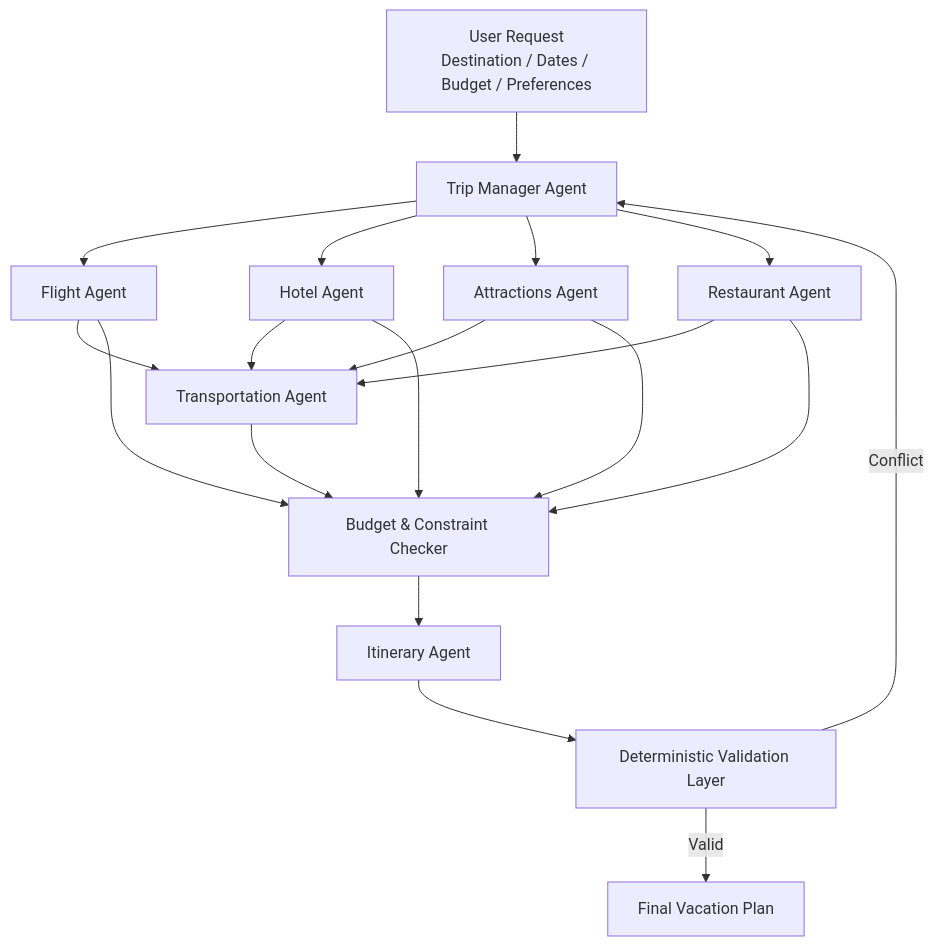
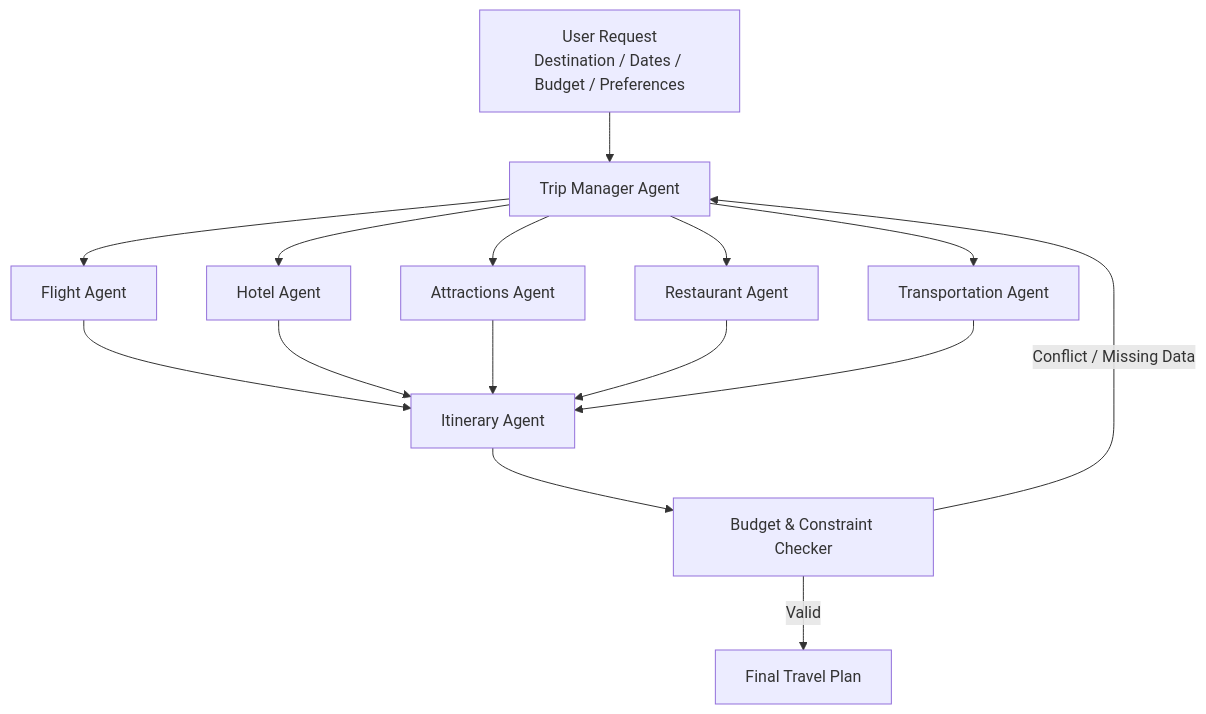
The diagram in CHARTER.md (Noven2155/Travel_Agent), drawn with Mermaid before and after one commit. The commit also changed other lines of this file, not shown here.

Commit message:
Refine charter architecture and wording

````diff
--- a/CHARTER.md
+++ b/CHARTER.md
@@ -98,26 +91,21 @@
 ```mermaid
 flowchart TD
     U["User Request<br/>Destination / Dates / Budget / Preferences"] --> M["Trip Manager Agent"]
 
     M --> F["Flight Agent"]
     M --> H["Hotel Agent"]
     M --> A["Attractions Agent"]
     M --> R["Restaurant Agent"]
+    M --> T["Transportation Agent"]
 
-    F --> T["Transportation Agent"]
-    H --> T
-    A --> T
-    R --> T
+    F --> I["Itinerary Agent"]
+    H --> I
+    A --> I
+    R --> I
+    T --> I
 
-    F --> B["Budget & Constraint Checker"]
-    H --> B
-    A --> B
-    R --> B
-    T --> B
+    I --> C["Budget & Constraint Checker"]
 
-    B --> I["Itinerary Agent"]
-    I --> C["Deterministic Validation Layer"]
-
-    C -->|Valid| O["Final Vacation Plan"]
-    C -->|Conflict| M
+    C -->|Valid| O["Final Travel Plan"]
+    C -->|Conflict / Missing Data| M
 ```
````
